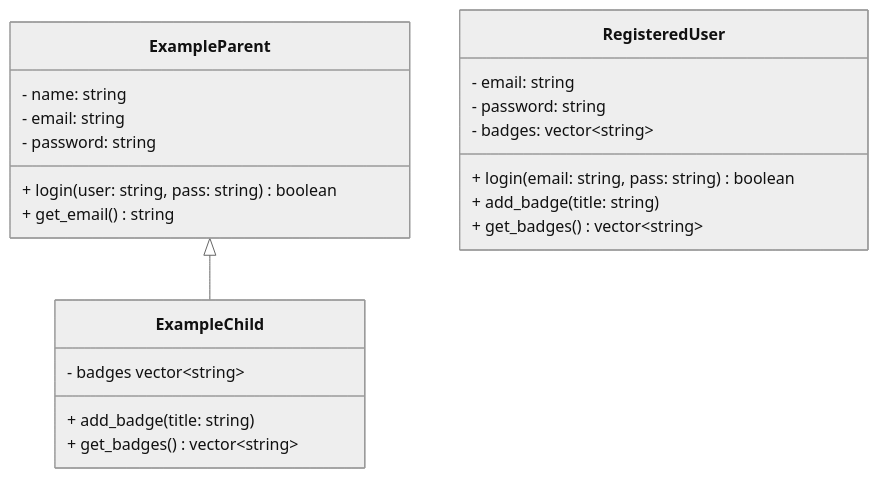
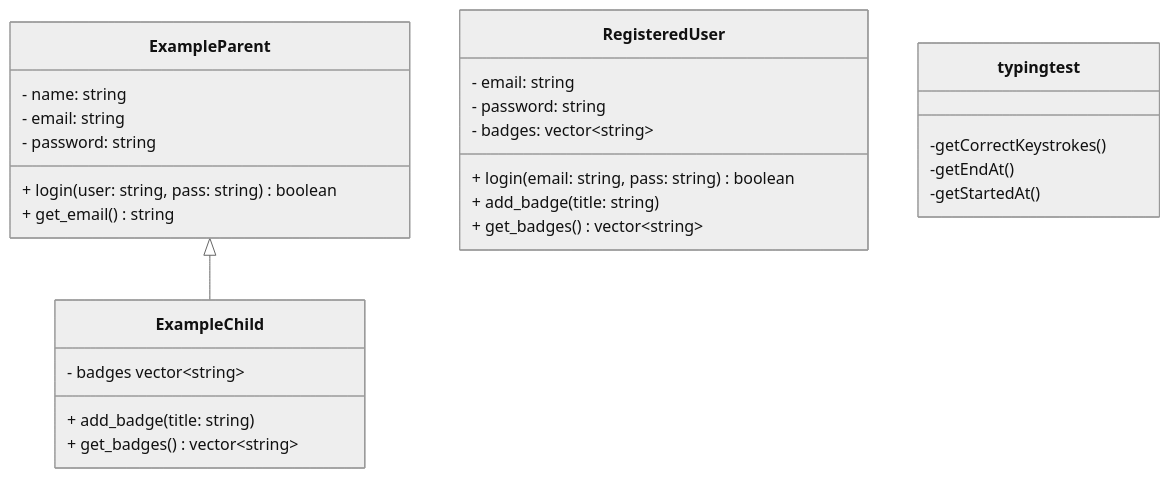
The diagram in README.md (lucascameron600/tippitytappity-design), drawn with Mermaid (neutral theme) before and after one commit.

````diff
--- a/README.md
+++ b/README.md
@@ -8,24 +8,29 @@
 ```mermaid
 classDiagram
   ExampleParent <|-- ExampleChild
   class ExampleParent{
         - name: string
         - email: string
         - password: string
         + login(user: string, pass: string) boolean
         + get_email() string
   }
   class ExampleChild{
         - badges vector~string~
         + add_badge(title: string)
         + get_badges() vector~string~
   }
   class RegisteredUser{
     - email: string
     - password: string
     - badges: vector~string~
     + login(email: string, pass: string) boolean
     + add_badge(title: string)
     + get_badges() vector~string~
   }
+  class typing test{
+-getCorrectKeystrokes()
+-getEndAt()
+-getStartedAt()
+  }
 ```
````
